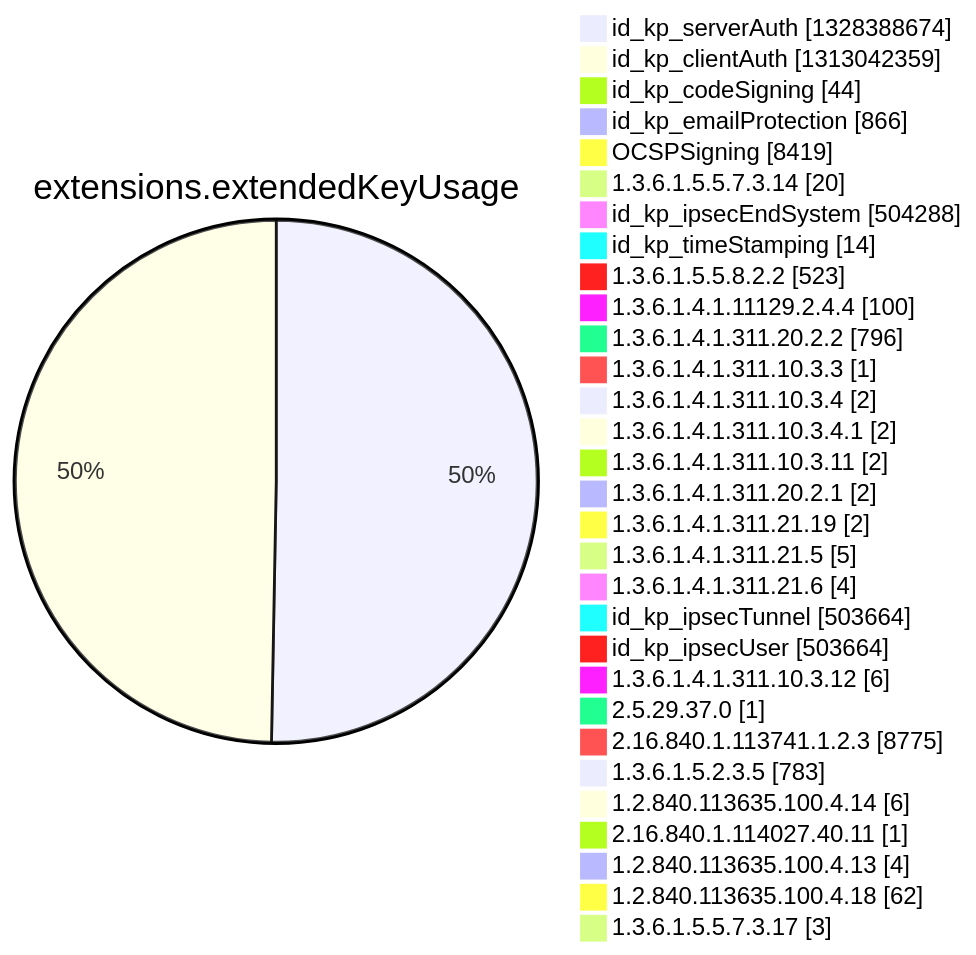
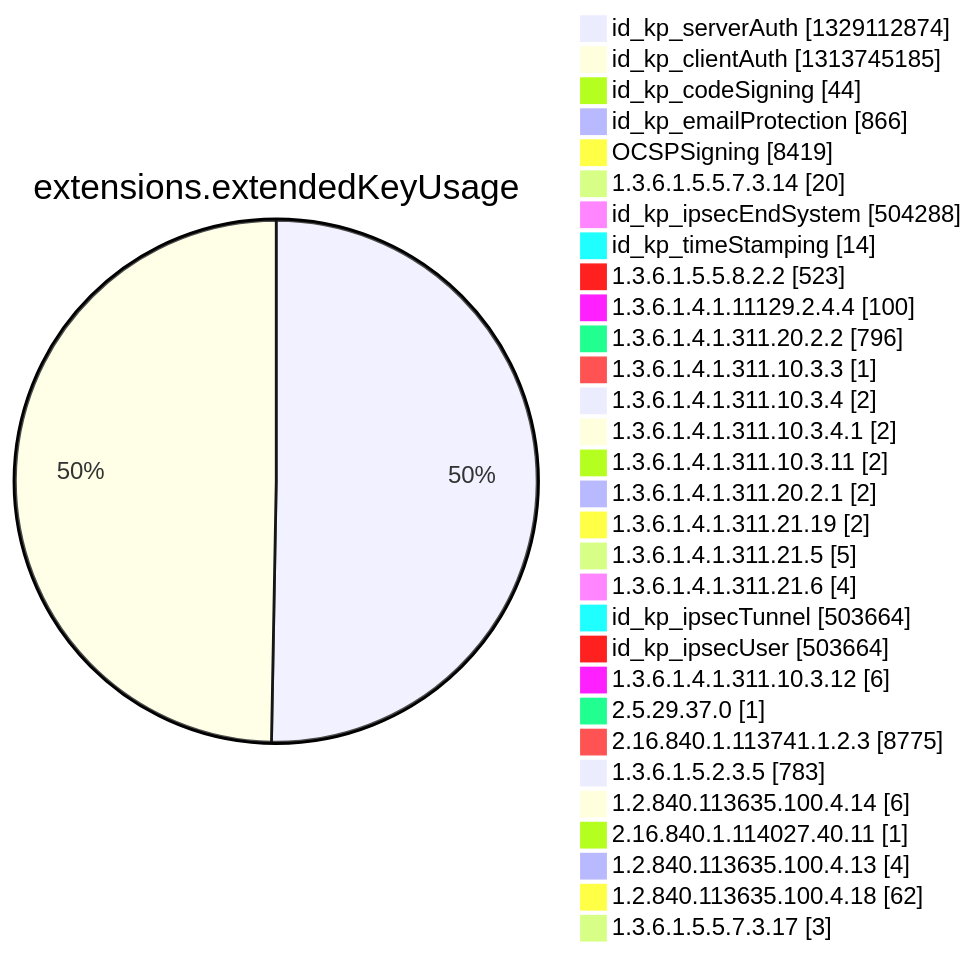
Diagram 12 of 15 in argon2022/README.md (christiankrug/ctmonitor_visualization), drawn with Mermaid before and after one commit. The commit also changed other lines of this file, not shown here.

````diff
--- a/argon2022/README.md
+++ b/argon2022/README.md
@@ -3553,34 +3553,34 @@
 ```mermaid
 pie showData
 title extensions.extendedKeyUsage
-"id_kp_serverAuth" :1328388674
-"id_kp_clientAuth" :1313042359
+"id_kp_serverAuth" :1329112874
+"id_kp_clientAuth" :1313745185
 "id_kp_codeSigning" :44
 "id_kp_emailProtection" :866
 "OCSPSigning" :8419
 "1.3.6.1.5.5.7.3.14" :20
 "id_kp_ipsecEndSystem" :504288
 "id_kp_timeStamping" :14
 "1.3.6.1.5.5.8.2.2" :523
 "1.3.6.1.4.1.11129.2.4.4" :100
 "1.3.6.1.4.1.311.20.2.2" :796
 "1.3.6.1.4.1.311.10.3.3" :1
 "1.3.6.1.4.1.311.10.3.4" :2
 "1.3.6.1.4.1.311.10.3.4.1" :2
 "1.3.6.1.4.1.311.10.3.11" :2
 "1.3.6.1.4.1.311.20.2.1" :2
 "1.3.6.1.4.1.311.21.19" :2
 "1.3.6.1.4.1.311.21.5" :5
 "1.3.6.1.4.1.311.21.6" :4
 "id_kp_ipsecTunnel" :503664
 "id_kp_ipsecUser" :503664
 "1.3.6.1.4.1.311.10.3.12" :6
 "2.5.29.37.0" :1
 "2.16.840.1.113741.1.2.3" :8775
 "1.3.6.1.5.2.3.5" :783
 "1.2.840.113635.100.4.14" :6
 "2.16.840.1.114027.40.11" :1
 "1.2.840.113635.100.4.13" :4
 "1.2.840.113635.100.4.18" :62
 "1.3.6.1.5.5.7.3.17" :3
 ```
````
